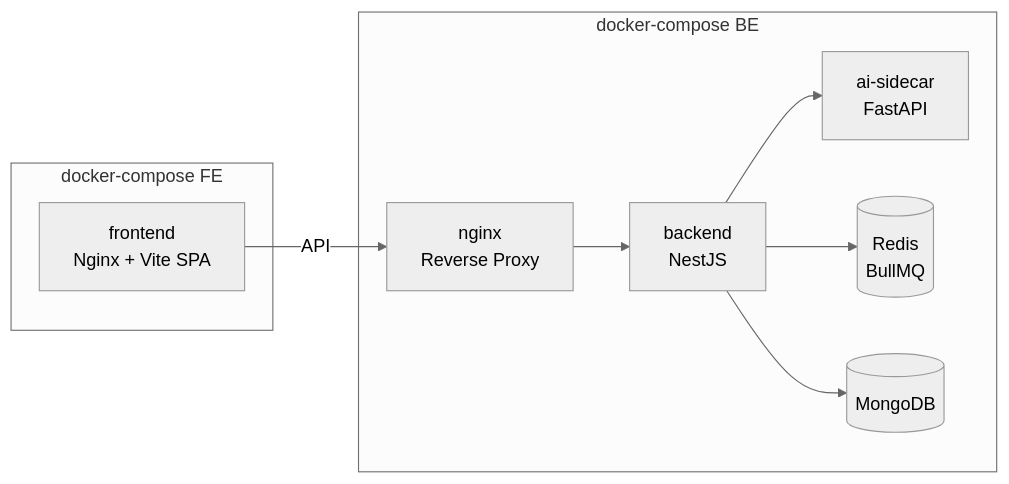
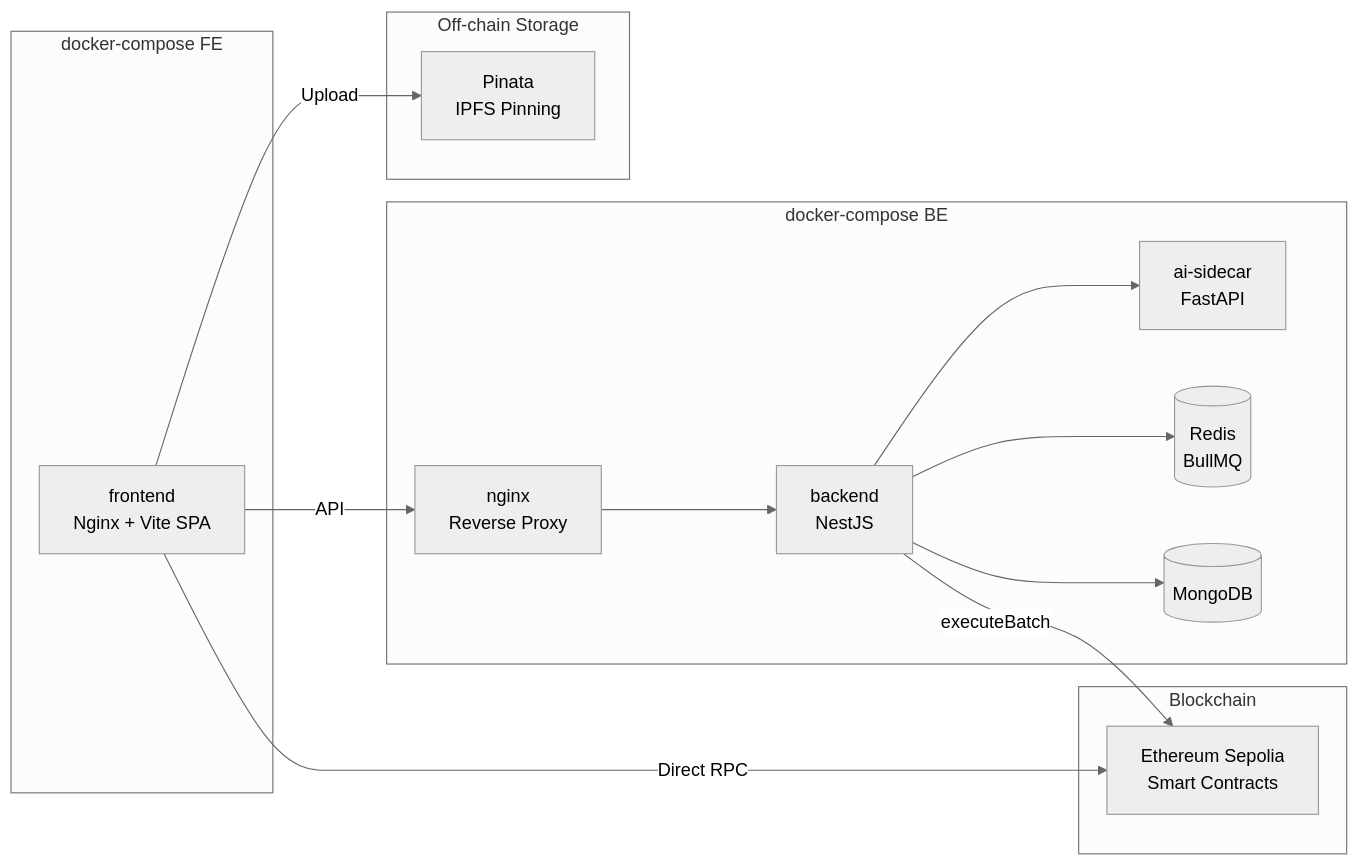
The fifth of 5 diagrams in SLIDE_CONTENT.md (Duy-T-Nguyen/fundraising-blockchain), drawn with Mermaid (neutral theme) before and after one commit. The commit also changed other lines of this file and 2 other files, not shown here.

````diff
--- a/SLIDE_CONTENT.md
+++ b/SLIDE_CONTENT.md
@@ -337,20 +337,31 @@
 ```mermaid
 graph LR
+    subgraph DC_FE["docker-compose FE"]
+        FRONT["frontend<br/>Nginx + Vite SPA"]
+    end
+
     subgraph DC_BE["docker-compose BE"]
+        NGX["nginx<br/>Reverse Proxy"]
         NEST["backend<br/>NestJS"]
         AISC["ai-sidecar<br/>FastAPI"]
         REDIS[("Redis<br/>BullMQ")]
         MONGO[("MongoDB")]
-        NGX["nginx<br/>Reverse Proxy"]
     end
 
-    subgraph DC_FE["docker-compose FE"]
-        FRONT["frontend<br/>Nginx + Vite SPA"]
+    subgraph CHAIN["Blockchain"]
+        SEP["Ethereum Sepolia<br/>Smart Contracts"]
+    end
+
+    subgraph STORAGE["Off-chain Storage"]
+        IPFS["Pinata<br/>IPFS Pinning"]
     end
 
     FRONT -->|API| NGX
+    FRONT -->|Direct RPC| SEP
+    FRONT -->|Upload| IPFS
     NGX --> NEST
     NEST --> REDIS
     NEST --> MONGO
     NEST --> AISC
+    NEST -->|executeBatch| SEP
 ```
````
